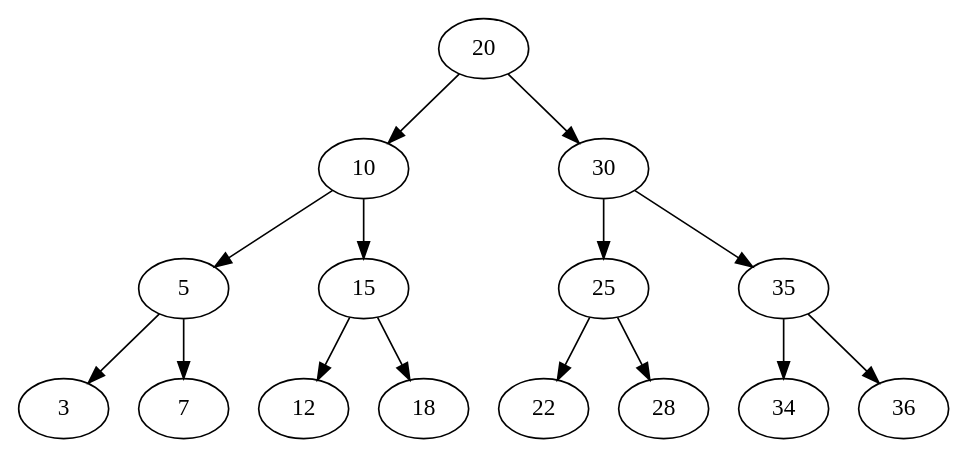
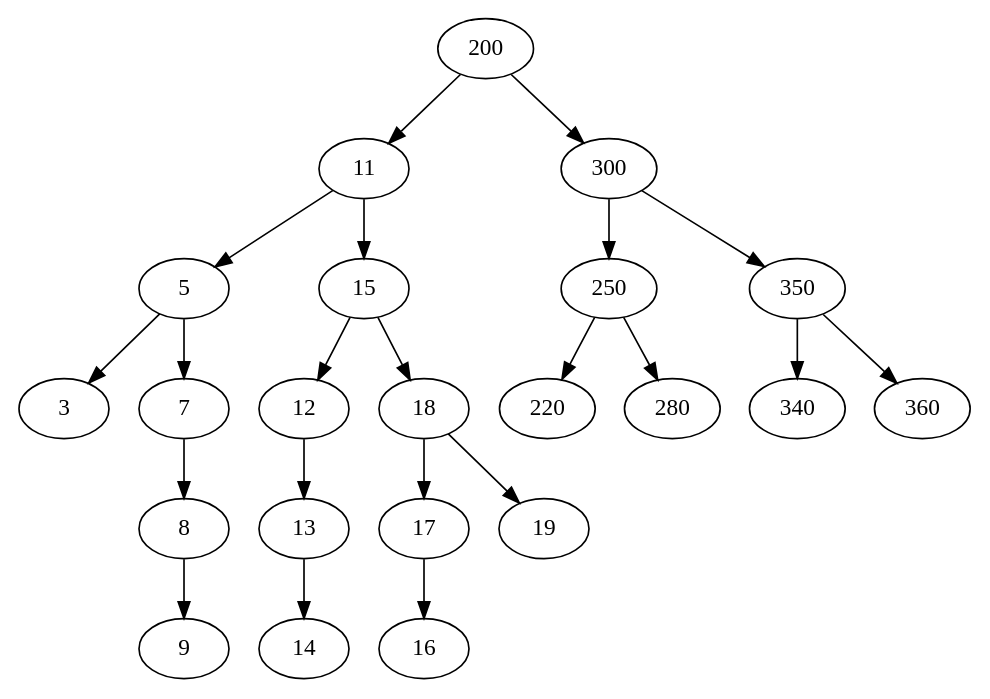
One commit to russian-engineer/tree changed the diagram in graphiz/bin_graph.dot. Above: the diagram before and after it, drawn with Graphviz. The commit also changed 6 other files, not shown here.

```diff
--- a/graphiz/bin_graph.dot
+++ b/graphiz/bin_graph.dot
@@ -1,16 +1,23 @@
 digraph {
-	20 -> 10
-	10 -> 5
+	200 -> 11
+	11 -> 5
 	5 -> 3
 	5 -> 7
-	10 -> 15
+	7 -> 8
+	8 -> 9
+	11 -> 15
 	15 -> 12
+	12 -> 13
+	13 -> 14
 	15 -> 18
-	20 -> 30
-	30 -> 25
-	25 -> 22
-	25 -> 28
-	30 -> 35
-	35 -> 34
-	35 -> 36
+	18 -> 17
+	17 -> 16
+	18 -> 19
+	200 -> 300
+	300 -> 250
+	250 -> 220
+	250 -> 280
+	300 -> 350
+	350 -> 340
+	350 -> 360
 }
```
